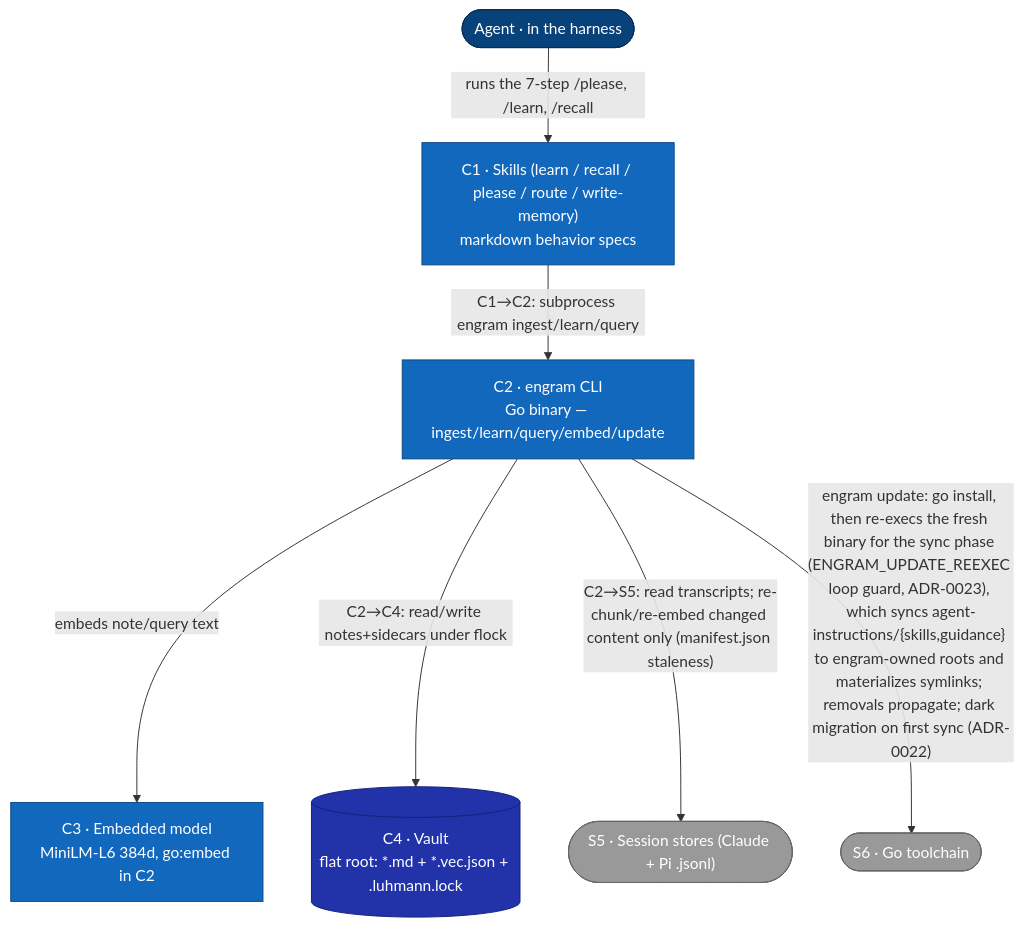
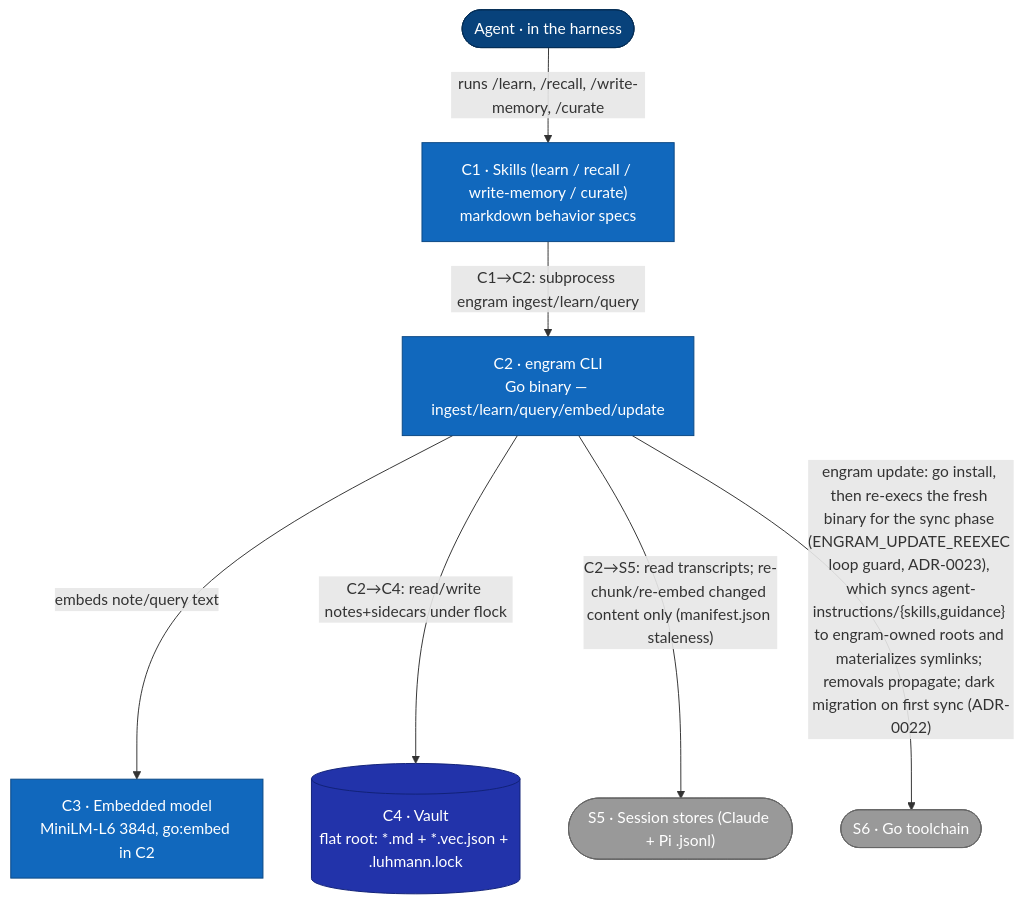
The first of 8 diagrams in docs/architecture/c2-containers.md (toejough/engram), drawn with Mermaid before and after one commit. The commit also changed other lines of this file and 17 other files, not shown here.

````diff
--- a/docs/architecture/c2-containers.md
+++ b/docs/architecture/c2-containers.md
@@ -10,27 +10,27 @@
 ```mermaid
 flowchart TB
     classDef person    fill:#08427b,stroke:#052e56,color:#fff
     classDef external  fill:#999,   stroke:#666,   color:#fff
     classDef container fill:#1168bd,stroke:#0b4884,color:#fff
     classDef store     fill:#23a,   stroke:#127,   color:#fff
 
     agent([Agent · in the harness])
-    skills["C1 · Skills (learn / recall / please / route / write-memory)<br/>markdown behavior specs"]
+    skills["C1 · Skills (learn / recall / write-memory / curate)<br/>markdown behavior specs"]
     cli["C2 · engram CLI<br/>Go binary — ingest/learn/query/embed/update"]
     model["C3 · Embedded model<br/>MiniLM-L6 384d, go:embed in C2"]
     vault[("C4 · Vault<br/>flat root: *.md + *.vec.json + .luhmann.lock")]
     sessions(["S5 · Session stores (Claude + Pi .jsonl)"])
     gotool(["S6 · Go toolchain"])
 
-    agent -->|"runs the 7-step /please, /learn, /recall"| skills
+    agent -->|"runs /learn, /recall, /write-memory, /curate"| skills
     skills -->|"C1→C2: subprocess engram ingest/learn/query"| cli
     cli -->|"embeds note/query text"| model
     cli -->|"C2→C4: read/write notes+sidecars under flock"| vault
     cli -->|"C2→S5: read transcripts; re-chunk/re-embed changed content only (manifest.json staleness)"| sessions
     cli -->|"engram update: go install, then re-execs the fresh binary for the sync phase (ENGRAM_UPDATE_REEXEC loop guard, ADR-0023), which syncs agent-instructions/{skills,guidance} to engram-owned roots and materializes symlinks; removals propagate; dark migration on first sync (ADR-0022)"| gotool
 
     class agent person
     class skills,cli,model container
     class vault store
     class sessions,gotool external
 ```
````
